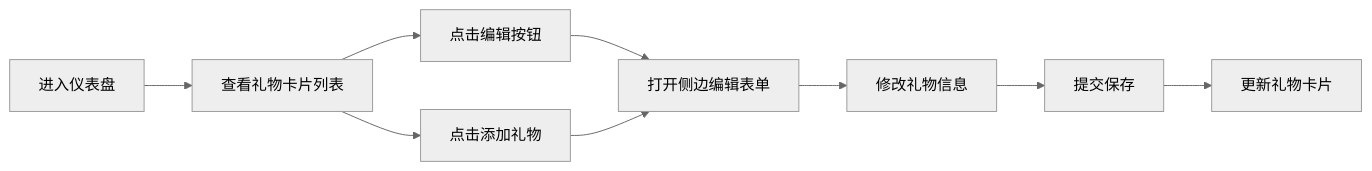
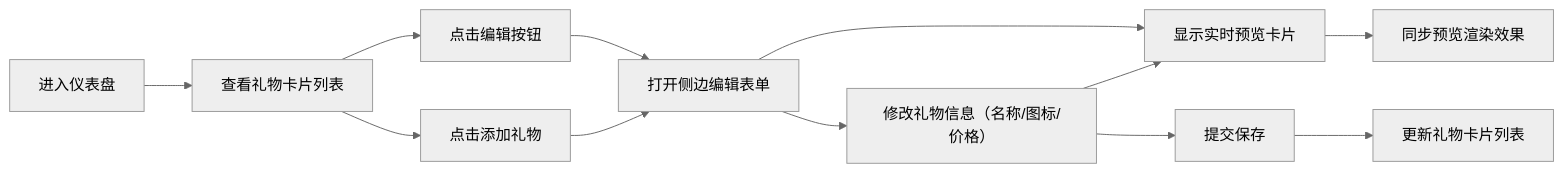
The first of 2 diagrams in cp1_6.17_auto10/.trae/documents/PRD.md (LIANG0828906/solo), drawn with Mermaid (neutral theme) before and after one commit. The commit also changed other lines of this file and 27 other files, not shown here.

````diff
--- a/cp1_6.17_auto10/.trae/documents/PRD.md
+++ b/cp1_6.17_auto10/.trae/documents/PRD.md
@@ -33,11 +33,14 @@
 ```mermaid
 flowchart LR
     A["进入仪表盘"] --> B["查看礼物卡片列表"]
     B --> C["点击编辑按钮"]
     C --> D["打开侧边编辑表单"]
-    D --> E["修改礼物信息"]
-    E --> F["提交保存"]
-    F --> G["更新礼物卡片"]
-    B --> H["点击添加礼物"]
-    H --> D
+    D --> E["显示实时预览卡片"]
+    D --> F["修改礼物信息（名称/图标/价格）"]
+    F --> E
+    E --> G["同步预览渲染效果"]
+    F --> H["提交保存"]
+    H --> I["更新礼物卡片列表"]
+    B --> J["点击添加礼物"]
+    J --> D
 ```
````
